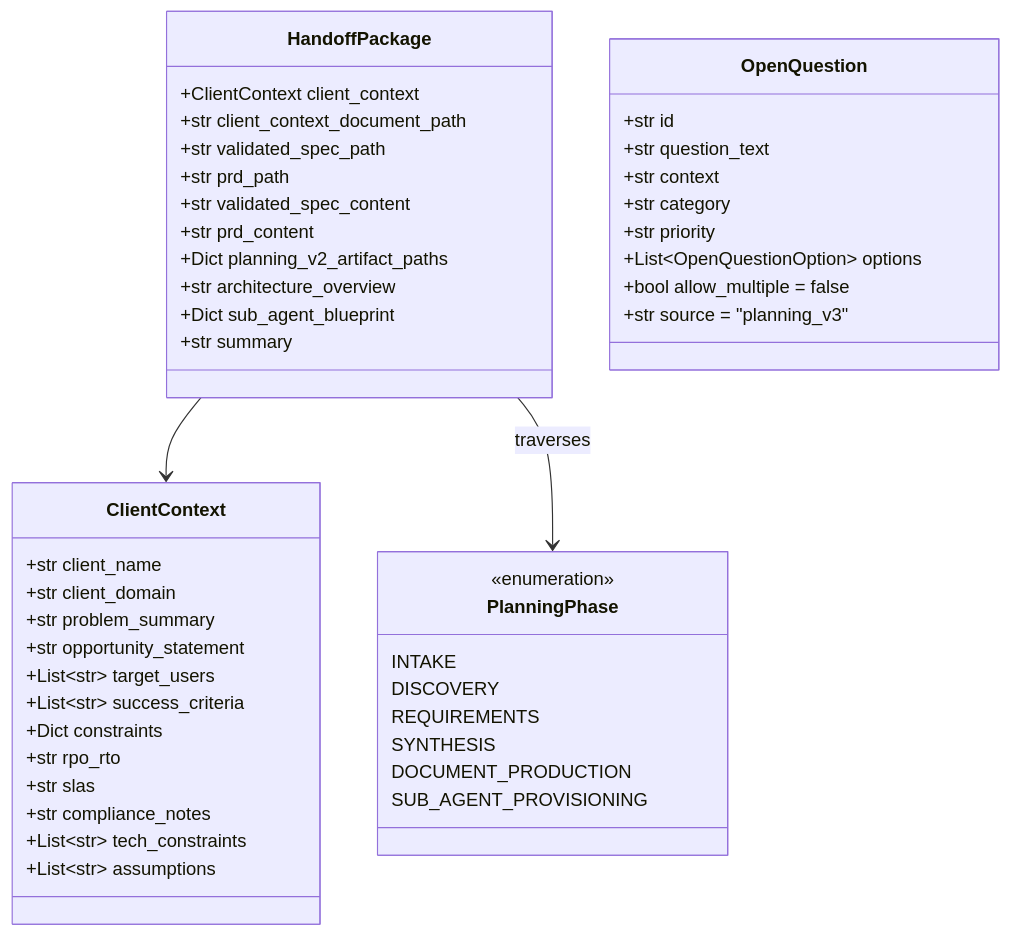
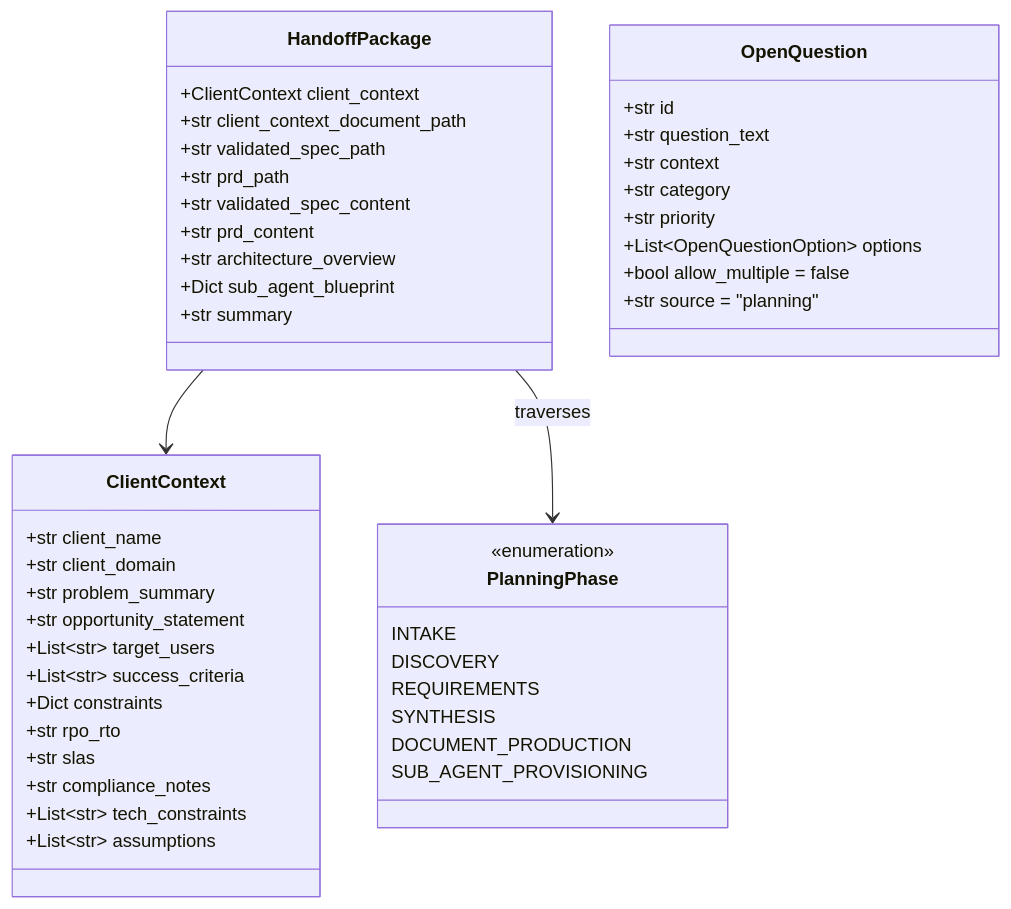
One commit to brandonkindred/Khala-Agentic-AI-Teams changed the sixth of 9 diagrams in backend/agents/software_engineering_team/system_design/SE_System_Design.md. Above: the diagram before and after it, drawn with Mermaid. The commit also changed other lines of this file and 210 other files, not shown here.

````diff
--- a/backend/agents/software_engineering_team/system_design/SE_System_Design.md
+++ b/backend/agents/software_engineering_team/system_design/SE_System_Design.md
@@ -359,54 +359,53 @@
 ```mermaid
 classDiagram
     class ClientContext {
         +str client_name
         +str client_domain
         +str problem_summary
         +str opportunity_statement
         +List~str~ target_users
         +List~str~ success_criteria
         +Dict constraints
         +str rpo_rto
         +str slas
         +str compliance_notes
         +List~str~ tech_constraints
         +List~str~ assumptions
     }
 
     class HandoffPackage {
         +ClientContext client_context
         +str client_context_document_path
         +str validated_spec_path
         +str prd_path
         +str validated_spec_content
         +str prd_content
-        +Dict planning_v2_artifact_paths
         +str architecture_overview
         +Dict sub_agent_blueprint
         +str summary
     }
 
     class OpenQuestion {
         +str id
         +str question_text
         +str context
         +str category
         +str priority
         +List~OpenQuestionOption~ options
         +bool allow_multiple = false
-        +str source = "planning_v3"
+        +str source = "planning"
     }
 
     class PlanningPhase {
         <<enumeration>>
         INTAKE
         DISCOVERY
         REQUIREMENTS
         SYNTHESIS
         DOCUMENT_PRODUCTION
         SUB_AGENT_PROVISIONING
     }
 
     HandoffPackage --> ClientContext
     HandoffPackage --> PlanningPhase : traverses
 ```
````
